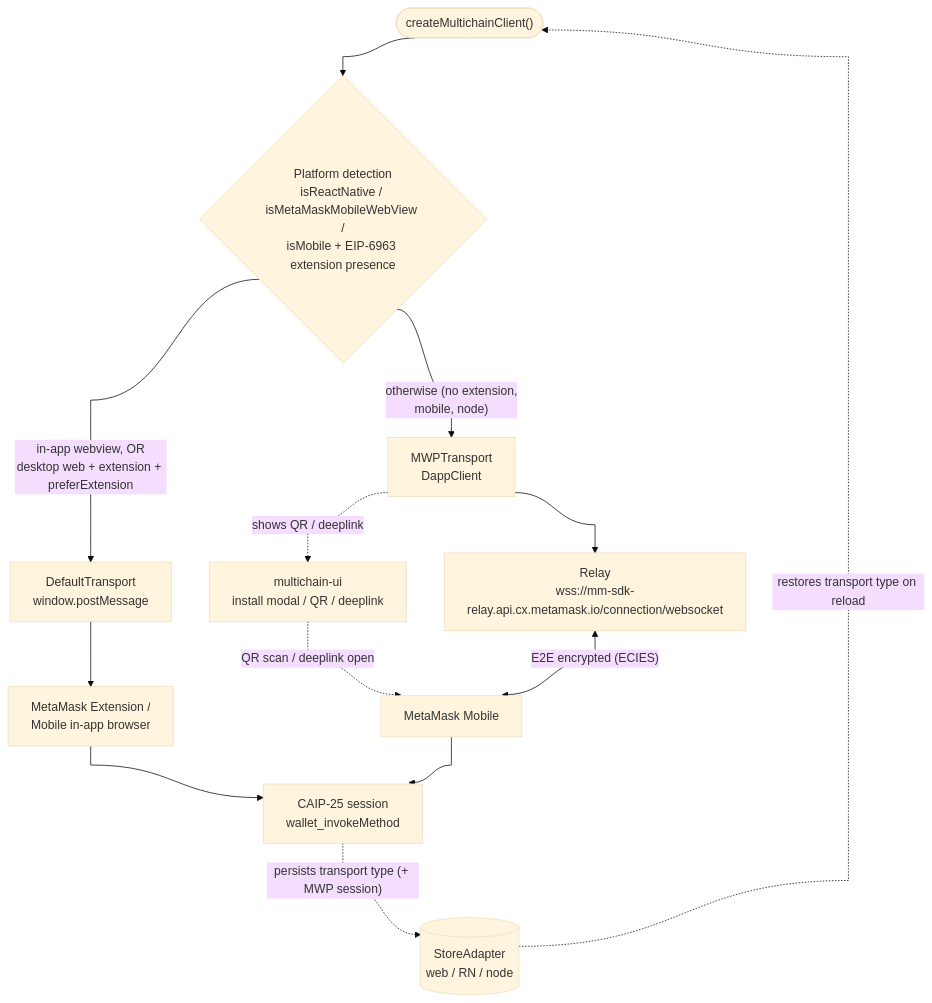
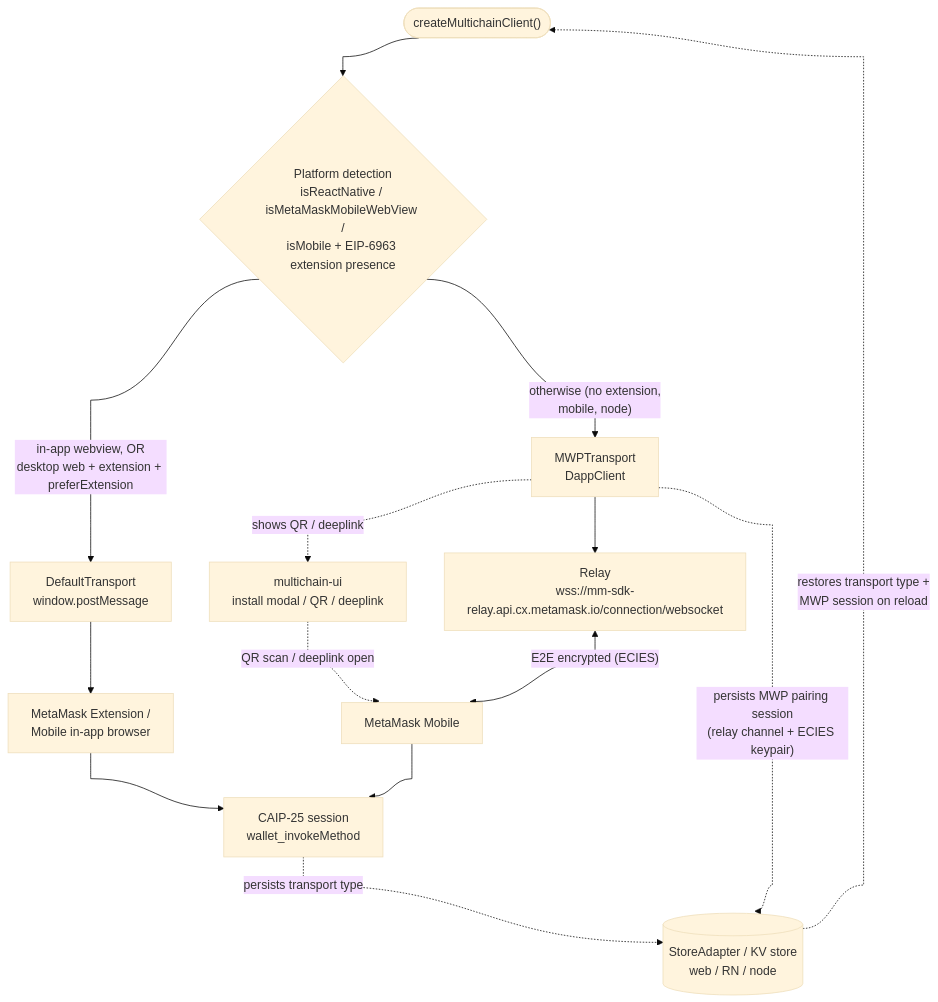
Before and after one commit to MetaMask/connect-monorepo: the second of 2 diagrams in docs/architecture.md, drawn with Mermaid (base theme). The commit also changed other lines of this file, not shown here.

First line of the commit message:
chore: show MWP pairing session persisted to the KV store

````diff
--- a/docs/architecture.md
+++ b/docs/architecture.md
@@ -75,21 +75,23 @@
 ```mermaid
 %%{ init: { 'flowchart': { 'curve': 'bumpX' } } }%%
 graph TD;
   start(["createMultichainClient()"]) --> detect{"Platform detection<br/>isReactNative / isMetaMaskMobileWebView /<br/>isMobile + EIP-6963 extension presence"};
 
   detect -->|"in-app webview, OR<br/>desktop web + extension + preferExtension"| direct["DefaultTransport<br/>window.postMessage"];
   detect -->|"otherwise (no extension,<br/>mobile, node)"| mwp["MWPTransport<br/>DappClient"];
 
   direct --> ext["MetaMask Extension /<br/>Mobile in-app browser"];
 
   mwp -.->|"shows QR / deeplink"| ui["multichain-ui<br/>install modal / QR / deeplink"];
   mwp --> relay["Relay<br/>wss://mm-sdk-relay.api.cx.metamask.io/connection/websocket"];
   ui -.->|"QR scan / deeplink open"| mobile["MetaMask Mobile"];
   relay <-->|"E2E encrypted (ECIES)"| mobile;
 
   ext --> session["CAIP-25 session<br/>wallet_invokeMethod"];
   mobile --> session;
 
-  store[("StoreAdapter<br/>web / RN / node")] -.->|"restores transport type on reload"| start;
-  session -.->|"persists transport type (+ MWP session)"| store;
+  store[("StoreAdapter / KV store<br/>web / RN / node")];
+  session -.->|"persists transport type"| store;
+  mwp -.->|"persists MWP pairing session<br/>(relay channel + ECIES keypair)"| store;
+  store -.->|"restores transport type +<br/>MWP session on reload"| start;
 ```
````
